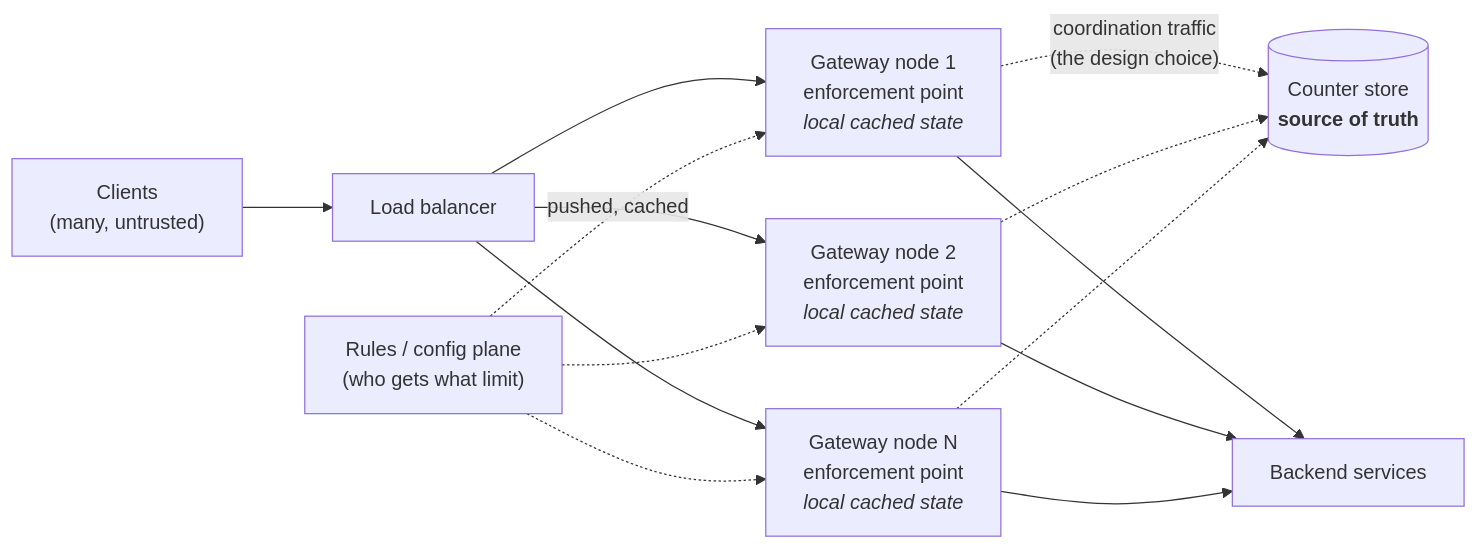
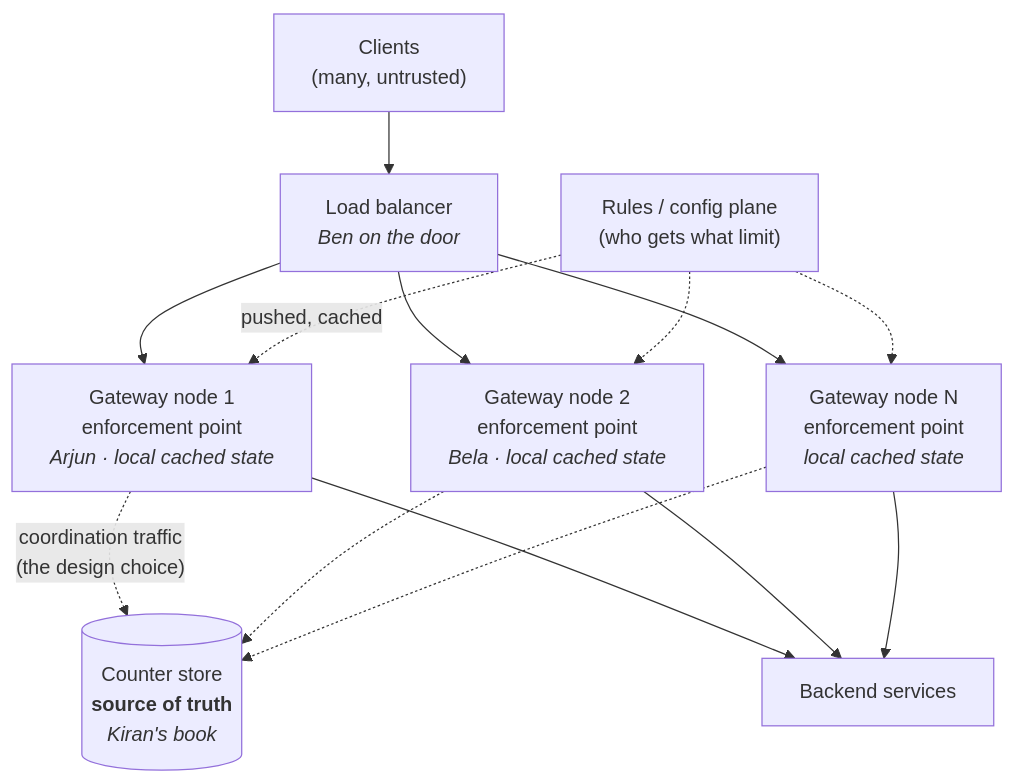
Before and after one commit to ravivarmachaluvadi/Learning: the first of 7 diagrams in 60-distributed-rate-limiting/README.md, drawn with Mermaid. The commit also changed other lines of this file, not shown here.

````diff
--- a/60-distributed-rate-limiting/README.md
+++ b/60-distributed-rate-limiting/README.md
@@ -271,16 +379,16 @@
 ```mermaid
-flowchart LR
-    C["Clients<br/>(many, untrusted)"] --> LB[Load balancer]
-    LB --> G1["Gateway node 1<br/>enforcement point<br/><i>local cached state</i>"]
-    LB --> G2["Gateway node 2<br/>enforcement point<br/><i>local cached state</i>"]
+flowchart TD
+    C["Clients<br/>(many, untrusted)"] --> LB["Load balancer<br/><i>Ben on the door</i>"]
+    LB --> G1["Gateway node 1<br/>enforcement point<br/><i>Arjun · local cached state</i>"]
+    LB --> G2["Gateway node 2<br/>enforcement point<br/><i>Bela · local cached state</i>"]
     LB --> G3["Gateway node N<br/>enforcement point<br/><i>local cached state</i>"]
-    G1 -.->|"coordination traffic<br/>(the design choice)"| S[("Counter store<br/><b>source of truth</b>")]
+    G1 -.->|"coordination traffic<br/>(the design choice)"| S[("Counter store<br/><b>source of truth</b><br/><i>Kiran's book</i>")]
     G2 -.-> S
     G3 -.-> S
     G1 --> B[Backend services]
     G2 --> B
     G3 --> B
     R["Rules / config plane<br/>(who gets what limit)"] -.->|pushed, cached| G1
     R -.-> G2
     R -.-> G3
 ```
````
